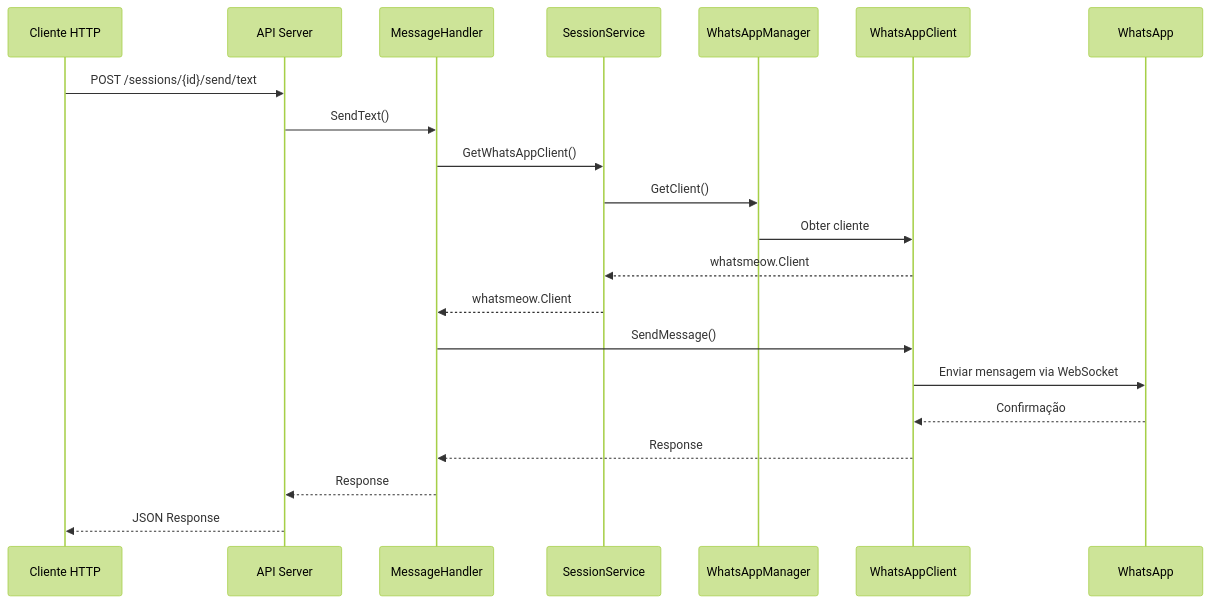
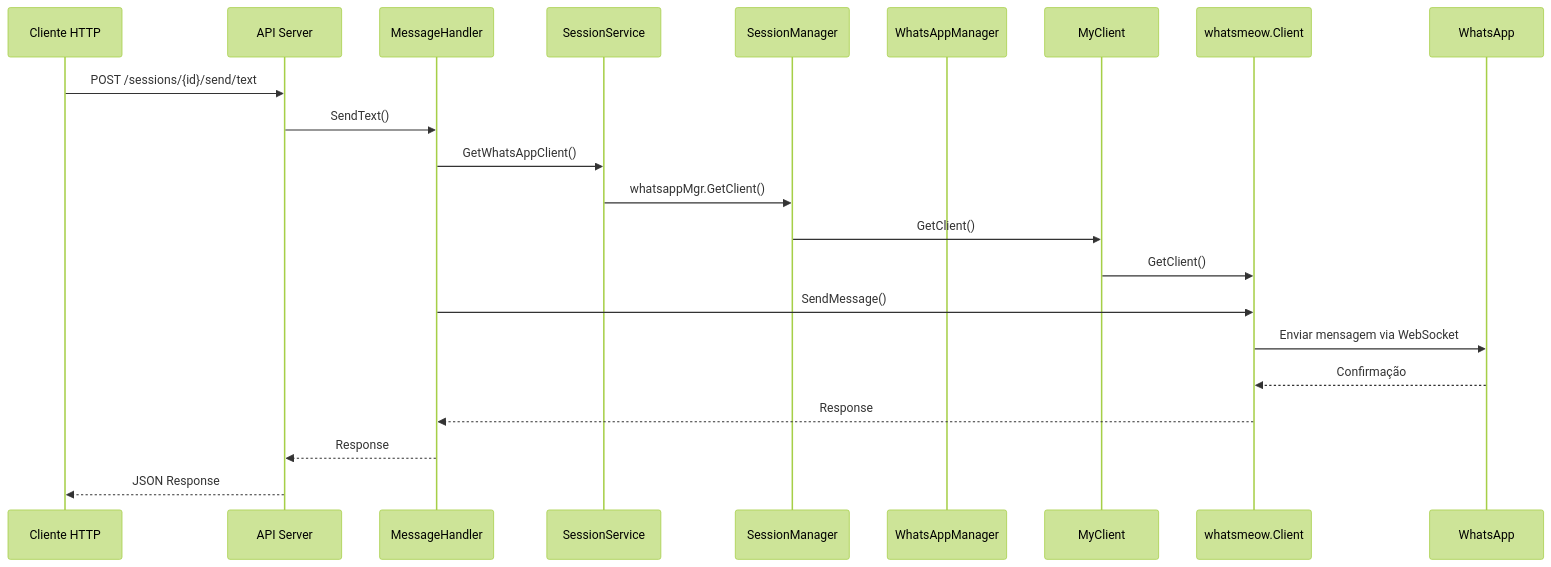
The second of 2 diagrams in .qoder/quests/real-time-message-integration.md (fgsgalvaosz/zemeow), drawn with Mermaid (forest theme) before and after one commit. The commit also changed other lines of this file and 34 other files, not shown here.

````diff
--- a/.qoder/quests/real-time-message-integration.md
+++ b/.qoder/quests/real-time-message-integration.md
@@ -41,24 +49,25 @@
 ```mermaid
 sequenceDiagram
     participant Cliente as Cliente HTTP
     participant API as API Server
     participant Handler as MessageHandler
     participant Service as SessionService
-    participant Manager as WhatsAppManager
-    participant Client as WhatsAppClient
+    participant Manager as SessionManager
+    participant WhatsAppMgr as WhatsAppManager
+    participant MyClient as MyClient
+    participant Whatsmeow as whatsmeow.Client
     participant WA as WhatsApp
     
     Cliente->>API: POST /sessions/{id}/send/text
     API->>Handler: SendText()
     Handler->>Service: GetWhatsAppClient()
-    Service->>Manager: GetClient()
-    Manager->>Client: Obter cliente
-    Client-->>Service: whatsmeow.Client
-    Service-->>Handler: whatsmeow.Client
-    Handler->>Client: SendMessage()
-    Client->>WA: Enviar mensagem via WebSocket
-    WA-->>Client: Confirmação
-    Client-->>Handler: Response
+    Service->>Manager: whatsappMgr.GetClient()
+    Manager->>MyClient: GetClient()
+    MyClient->>Whatsmeow: GetClient()
+    Handler->>Whatsmeow: SendMessage()
+    Whatsmeow->>WA: Enviar mensagem via WebSocket
+    WA-->>Whatsmeow: Confirmação
+    Whatsmeow-->>Handler: Response
     Handler-->>API: Response
     API-->>Cliente: JSON Response
 ```
````
